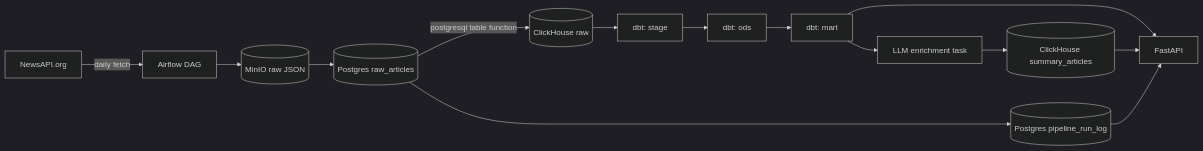
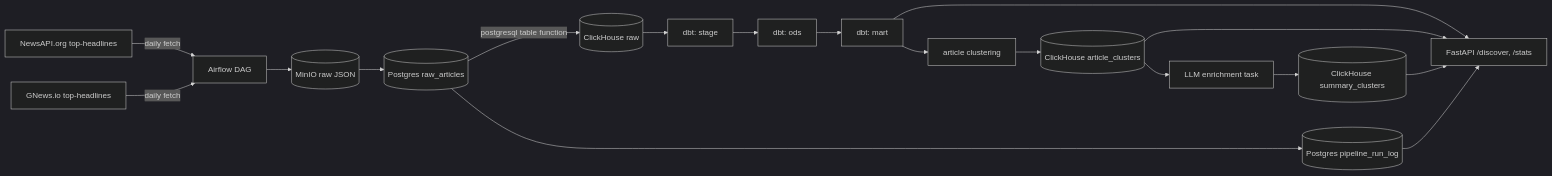
The diagram in docs/architecture.md (DeonisusDev/news_intelligence_platform), drawn with Mermaid (dark theme) before and after one commit. The commit also changed 11 other files, not shown here.

First line of the commit message:
Add Phase 4: FastAPI serving layer

````diff
--- a/docs/architecture.md
+++ b/docs/architecture.md
@@ -3,16 +3,20 @@
 ```mermaid
 flowchart LR
-    A[NewsAPI.org] -->|daily fetch| B[Airflow DAG]
+    A1[NewsAPI.org top-headlines] -->|daily fetch| B[Airflow DAG]
+    A2[GNews.io top-headlines] -->|daily fetch| B
     B --> C[(MinIO raw JSON)]
     C --> D[(Postgres raw_articles)]
     D -->|postgresql table function| E[(ClickHouse raw)]
     E --> F[dbt: stage]
     F --> G[dbt: ods]
     G --> H[dbt: mart]
-    H --> I[LLM enrichment task]
-    I --> J[(ClickHouse summary_articles)]
-    H --> K[FastAPI]
+    H --> M[article clustering]
+    M --> N[(ClickHouse article_clusters)]
+    N --> I[LLM enrichment task]
+    I --> J[(ClickHouse summary_clusters)]
+    H --> K[FastAPI /discover, /stats]
+    N --> K
     J --> K
     D --> L[(Postgres pipeline_run_log)]
     L --> K
 ```
````
